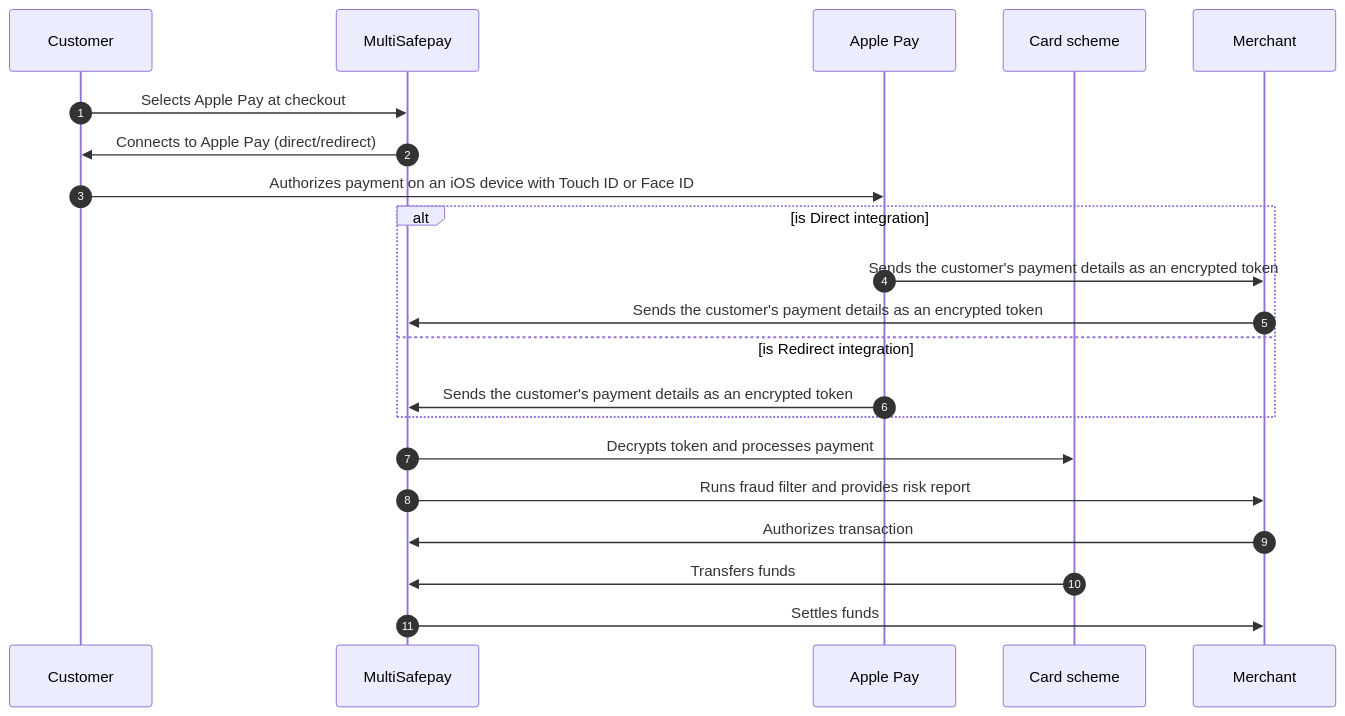
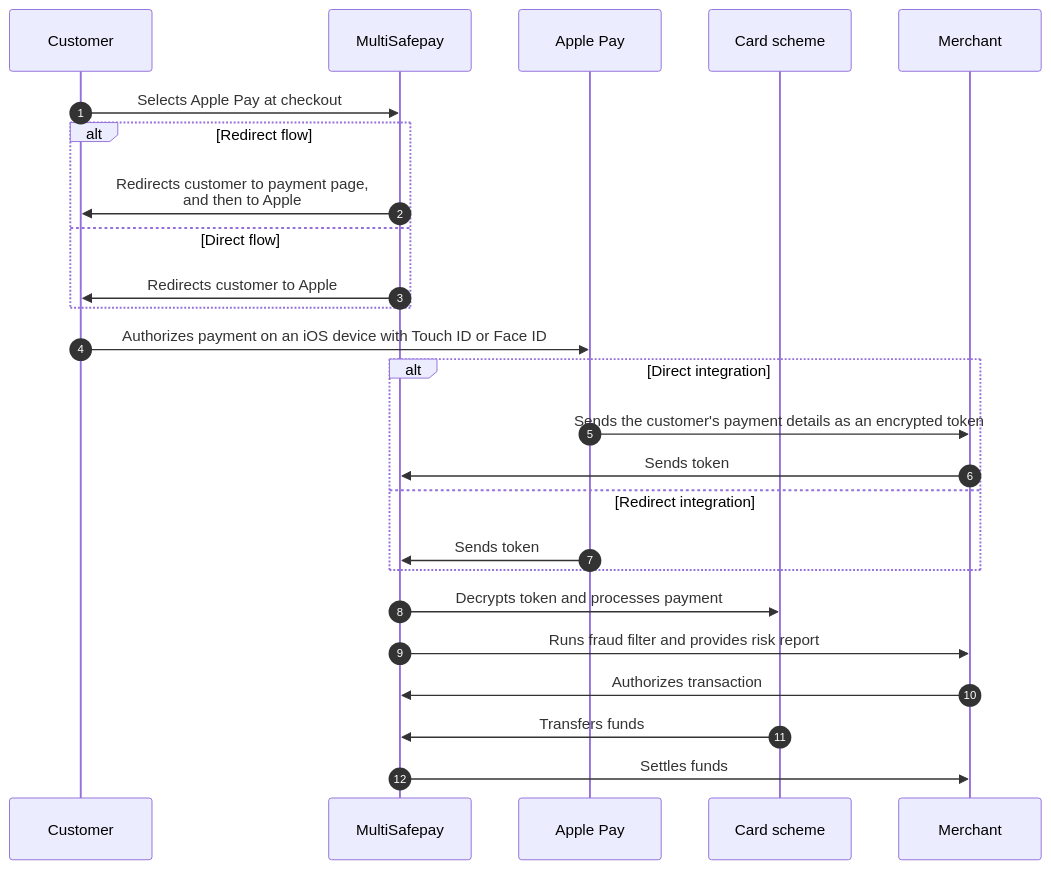
One commit to MultiSafepay/docs changed the diagram in content/payments/methods/wallet/applepay/payment-flow.md. Above: the diagram before and after it, drawn with Mermaid. The commit also changed other lines of this file and 34 other files, not shown here.

```diff
--- a/content/payments/methods/wallet/applepay/payment-flow.md
+++ b/content/payments/methods/wallet/applepay/payment-flow.md
@@ -16,26 +16,30 @@
 {{< mermaid class="text-center" >}}
 
 sequenceDiagram
     autonumber
     participant C as Customer
     participant Mu as MultiSafepay
     participant A as Apple Pay
     participant CS as Card scheme
     participant Me as Merchant
     
     C->>Mu: Selects Apple Pay at checkout
-    Mu->>C: Connects to Apple Pay (direct/redirect)
+    alt Redirect flow
+    Mu->>C: Redirects customer to payment page, <br> and then to Apple
+    else Direct flow
+    Mu->>C: Redirects customer to Apple
+    end
     C->>A: Authorizes payment on an iOS device with Touch ID or Face ID
-    alt is Direct integration
+    alt Direct integration
     A->>Me: Sends the customer's payment details as an encrypted token
-    Me->>Mu: Sends the customer's payment details as an encrypted token
-    else is Redirect integration
-    A->>Mu: Sends the customer's payment details as an encrypted token
+    Me->>Mu: Sends token
+    else Redirect integration
+    A->>Mu: Sends token
     end
     Mu->>CS: Decrypts token and processes payment
     Mu->>Me: Runs fraud filter and provides risk report
     Me->>Mu: Authorizes transaction
     CS->>Mu: Transfers funds 
     Mu->>Me: Settles funds
 
 {{< /mermaid >}}
```
